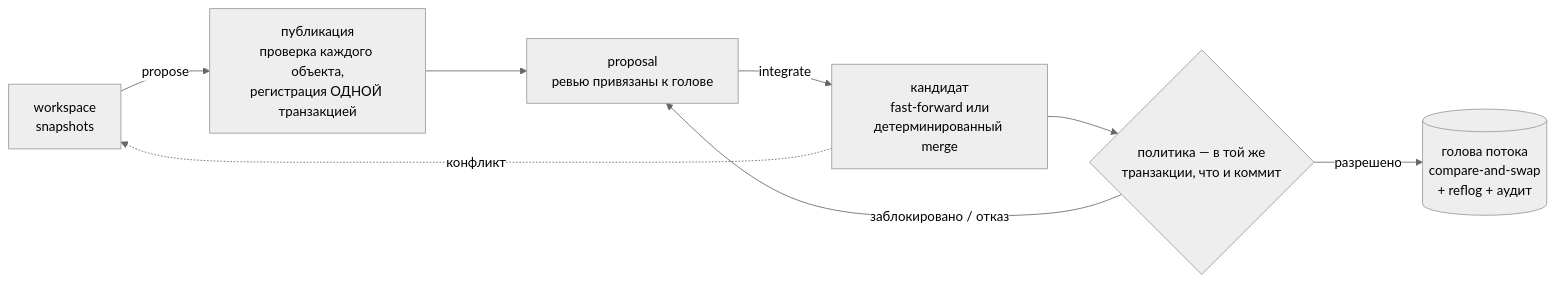
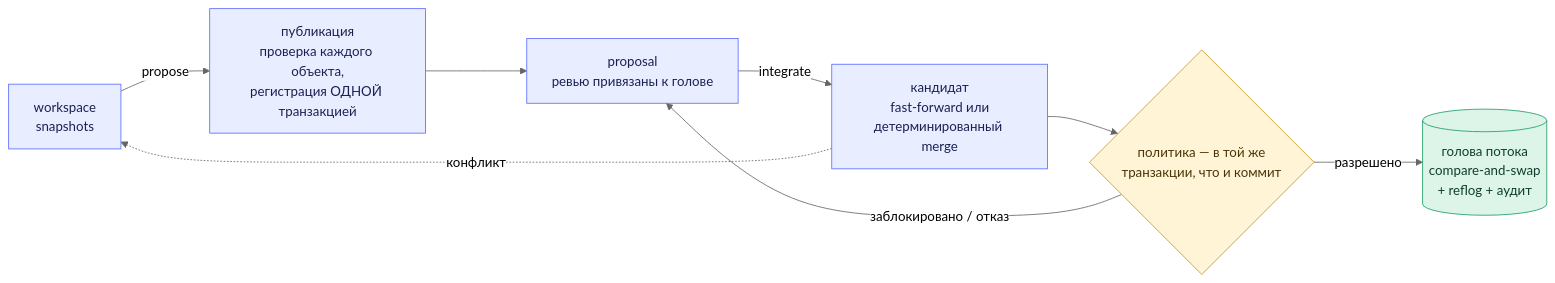
The diagram in README.ru.md (Paffin/AgentGit), drawn with Mermaid (neutral theme) before and after one commit. The commit also changed other lines of this file and 10 other files, not shown here.

First line of the commit message:
docs: redesign the README (EN + RU) — generated banner and architecture diagram, real UI screenshots, verdicts table, honest-limits table

````diff
--- a/README.ru.md
+++ b/README.ru.md
@@ -134,10 +264,17 @@
 ```mermaid
 flowchart LR
     W["workspace<br/>snapshots"] -->|propose| P["публикация<br/>проверка каждого объекта,<br/>регистрация ОДНОЙ транзакцией"]
     P --> Q["proposal<br/>ревью привязаны к голове"]
     Q -->|integrate| C["кандидат<br/>fast-forward или<br/>детерминированный merge"]
     C --> G{"политика — в той же<br/>транзакции, что и коммит"}
     G -->|разрешено| S[("голова потока<br/>compare-and-swap<br/>+ reflog + аудит")]
     G -->|заблокировано / отказ| Q
     C -.->|конфликт| W
+
+    classDef step fill:#e8eeff,stroke:#5b6cff,color:#1b2150
+    classDef gate fill:#fff4d6,stroke:#c99a1e,color:#4a3508
+    classDef done fill:#dcf5e8,stroke:#1f9d67,color:#0f3d2e
+    class W,P,Q,C step
+    class G gate
+    class S done
 ```
````
